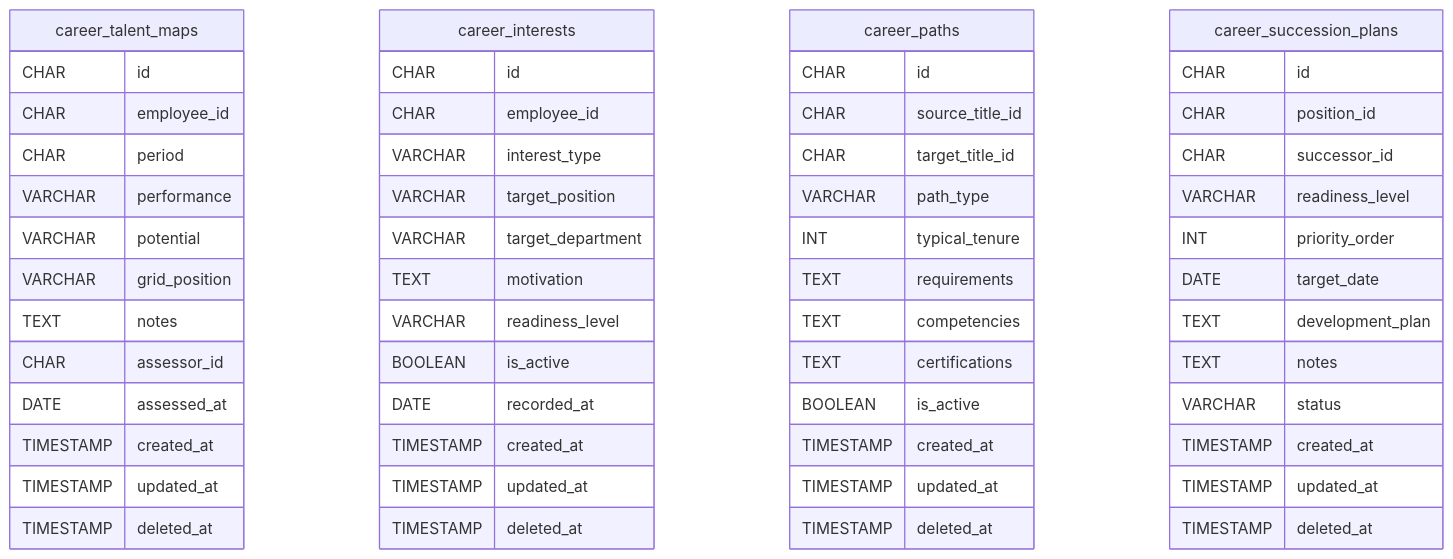
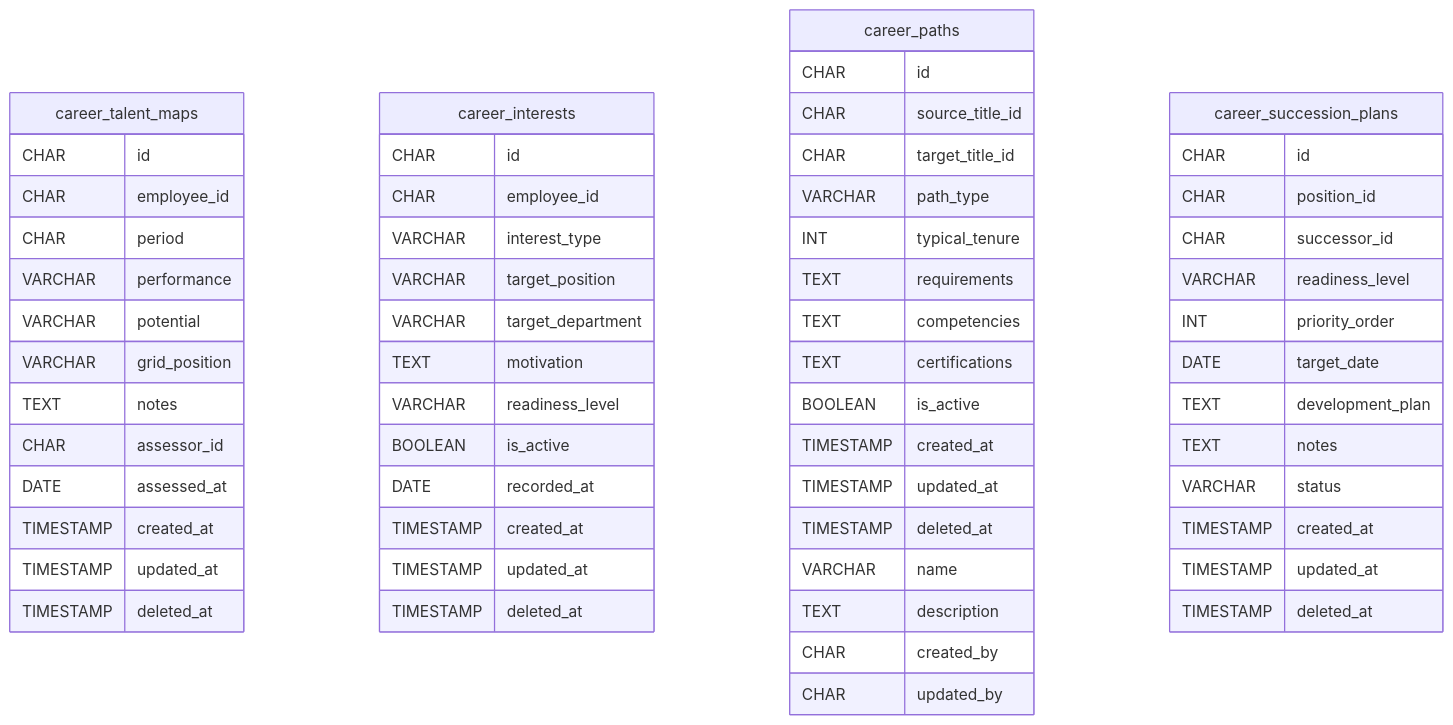
Before and after one commit to Inthros-Jagotama/inthros-hris-platform: diagram 20 of 20 in docs/database-schema.md, drawn with Mermaid. The commit also changed other lines of this file and 10 other files, not shown here.

````diff
--- a/docs/database-schema.md
+++ b/docs/database-schema.md
@@ -3010,59 +3057,63 @@
 ```mermaid
 erDiagram
     career_talent_maps {
         CHAR id
         CHAR employee_id
         CHAR period
         VARCHAR performance
         VARCHAR potential
         VARCHAR grid_position
         TEXT notes
         CHAR assessor_id
         DATE assessed_at
         TIMESTAMP created_at
         TIMESTAMP updated_at
         TIMESTAMP deleted_at
     }
     career_interests {
         CHAR id
         CHAR employee_id
         VARCHAR interest_type
         VARCHAR target_position
         VARCHAR target_department
         TEXT motivation
         VARCHAR readiness_level
         BOOLEAN is_active
         DATE recorded_at
         TIMESTAMP created_at
         TIMESTAMP updated_at
         TIMESTAMP deleted_at
     }
     career_paths {
         CHAR id
         CHAR source_title_id
         CHAR target_title_id
         VARCHAR path_type
         INT typical_tenure
         TEXT requirements
         TEXT competencies
         TEXT certifications
         BOOLEAN is_active
         TIMESTAMP created_at
         TIMESTAMP updated_at
         TIMESTAMP deleted_at
+        VARCHAR name
+        TEXT description
+        CHAR created_by
+        CHAR updated_by
     }
     career_succession_plans {
         CHAR id
         CHAR position_id
         CHAR successor_id
         VARCHAR readiness_level
         INT priority_order
         DATE target_date
         TEXT development_plan
         TEXT notes
         VARCHAR status
         TIMESTAMP created_at
         TIMESTAMP updated_at
         TIMESTAMP deleted_at
     }
 ```
````
